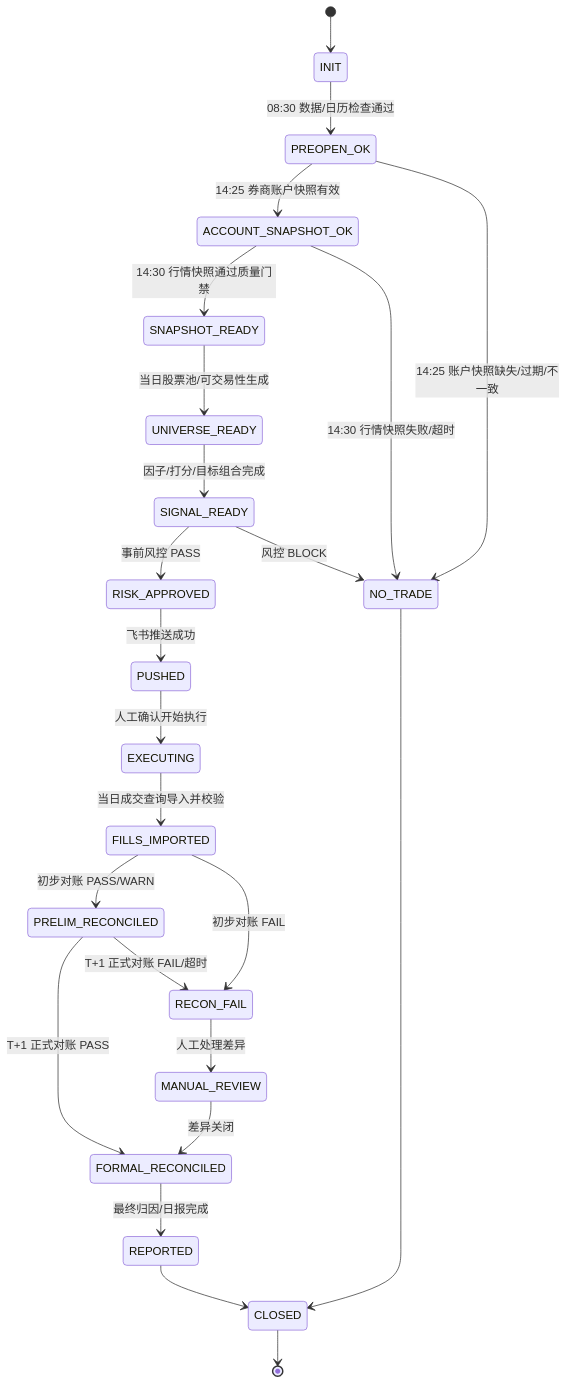
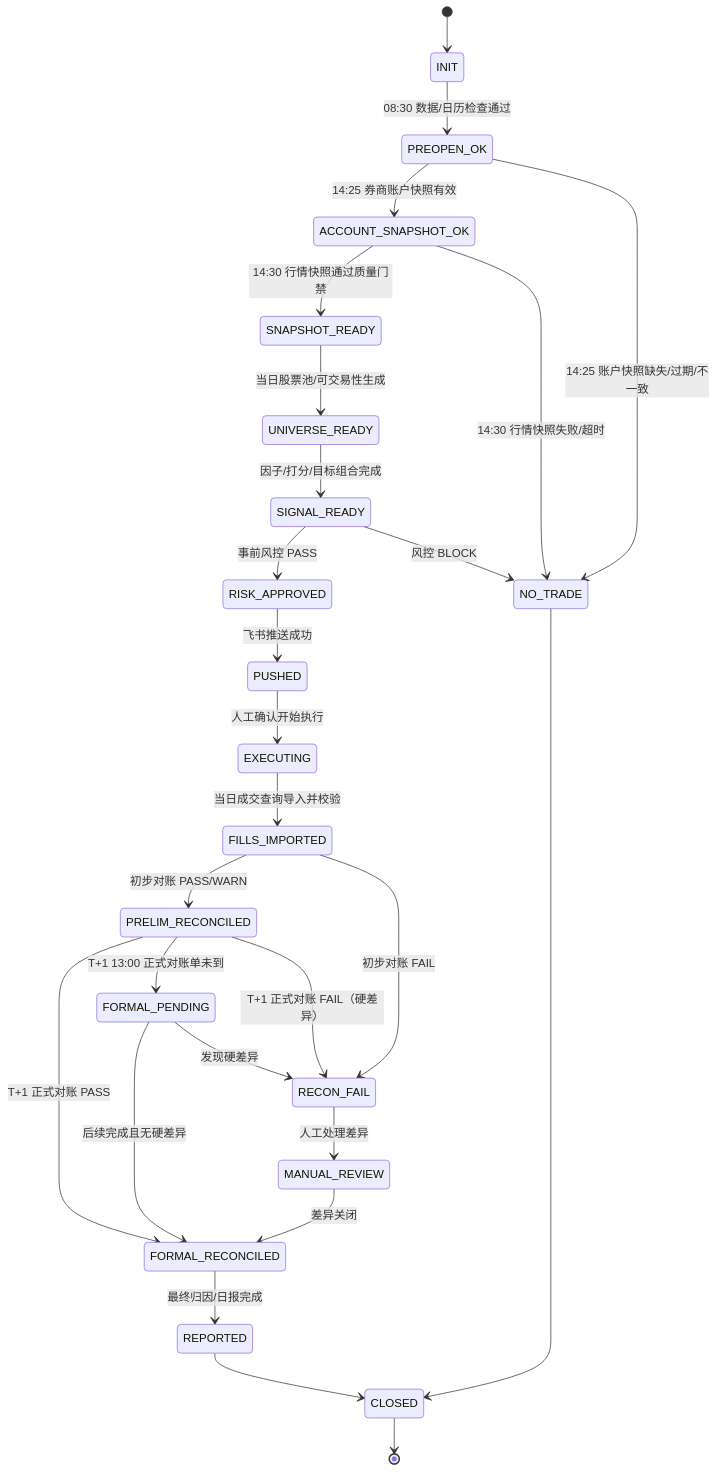
Before and after one commit to shanghaitechXHF/quantx: the third of 3 diagrams in docs/design.md, drawn with Mermaid. The commit also changed other lines of this file and 1 other file, not shown here.

````diff
--- a/docs/design.md
+++ b/docs/design.md
@@ -529,26 +559,29 @@
 ```mermaid
 stateDiagram-v2
     [*] --> INIT
     INIT --> PREOPEN_OK: 08:30 数据/日历检查通过
     PREOPEN_OK --> ACCOUNT_SNAPSHOT_OK: 14:25 券商账户快照有效
     PREOPEN_OK --> NO_TRADE: 14:25 账户快照缺失/过期/不一致
     ACCOUNT_SNAPSHOT_OK --> SNAPSHOT_READY: 14:30 行情快照通过质量门禁
     ACCOUNT_SNAPSHOT_OK --> NO_TRADE: 14:30 行情快照失败/超时
     SNAPSHOT_READY --> UNIVERSE_READY: 当日股票池/可交易性生成
     UNIVERSE_READY --> SIGNAL_READY: 因子/打分/目标组合完成
     SIGNAL_READY --> RISK_APPROVED: 事前风控 PASS
     SIGNAL_READY --> NO_TRADE: 风控 BLOCK
     RISK_APPROVED --> PUSHED: 飞书推送成功
     PUSHED --> EXECUTING: 人工确认开始执行
     EXECUTING --> FILLS_IMPORTED: 当日成交查询导入并校验
     FILLS_IMPORTED --> PRELIM_RECONCILED: 初步对账 PASS/WARN
     FILLS_IMPORTED --> RECON_FAIL: 初步对账 FAIL
     PRELIM_RECONCILED --> FORMAL_RECONCILED: T+1 正式对账 PASS
-    PRELIM_RECONCILED --> RECON_FAIL: T+1 正式对账 FAIL/超时
+    PRELIM_RECONCILED --> FORMAL_PENDING: T+1 13:00 正式对账单未到
+    FORMAL_PENDING --> FORMAL_RECONCILED: 后续完成且无硬差异
+    FORMAL_PENDING --> RECON_FAIL: 发现硬差异
+    PRELIM_RECONCILED --> RECON_FAIL: T+1 正式对账 FAIL（硬差异）
     FORMAL_RECONCILED --> REPORTED: 最终归因/日报完成
     RECON_FAIL --> MANUAL_REVIEW: 人工处理差异
     MANUAL_REVIEW --> FORMAL_RECONCILED: 差异关闭
     REPORTED --> CLOSED
     NO_TRADE --> CLOSED
     CLOSED --> [*]
 ```
````
